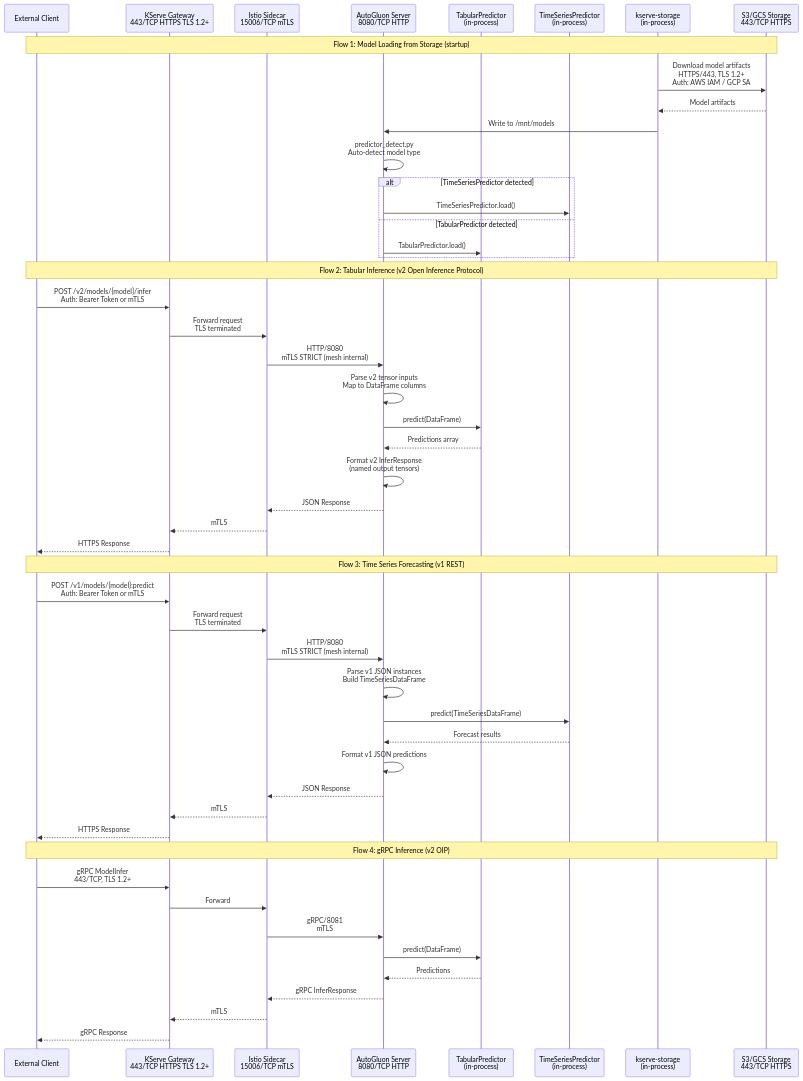
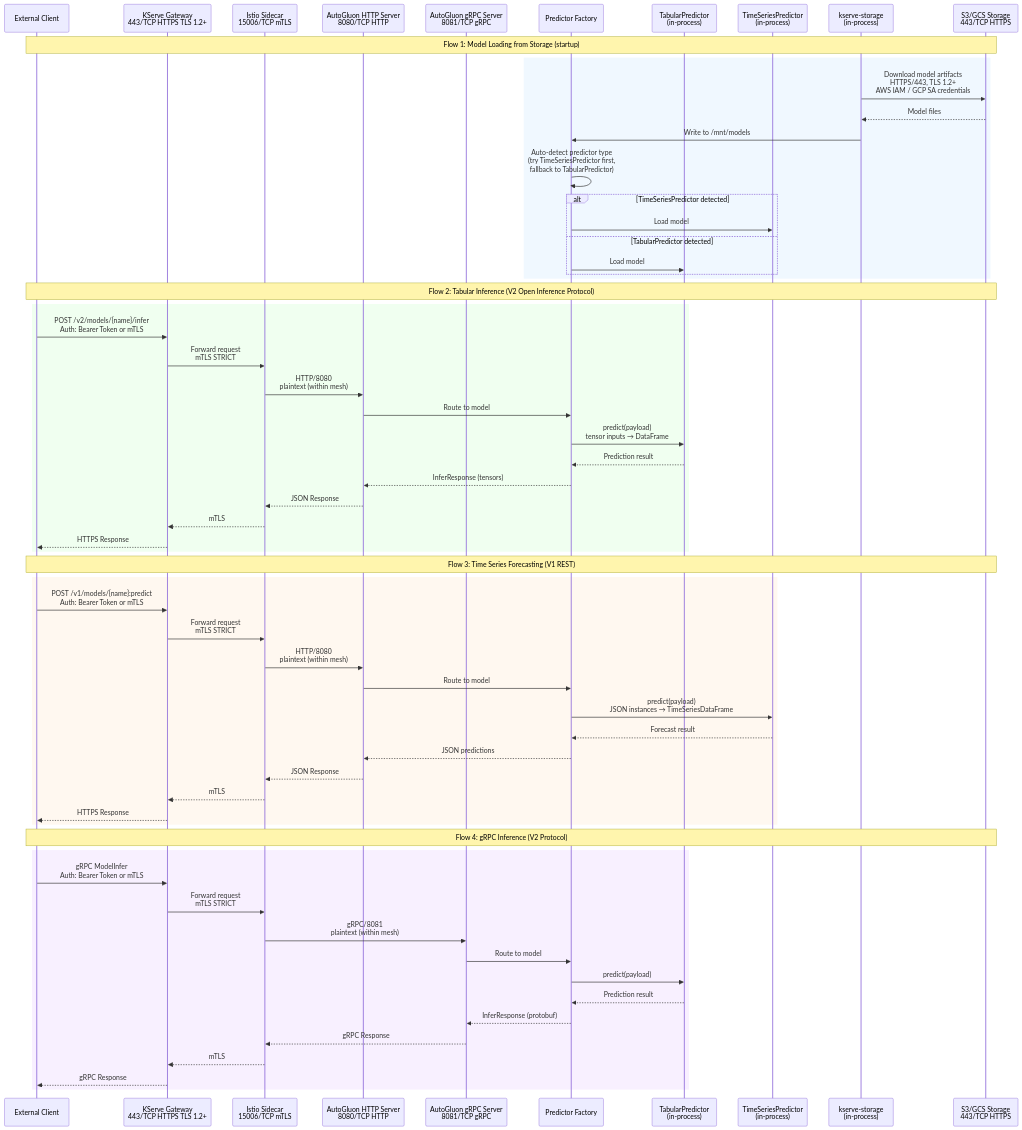
Before and after one commit to rhuss/architecture-context: the diagram in architecture/rhoai.next/diagrams/kserve-autogluon-server-dataflow.mmd, drawn with Mermaid. The commit also changed 864 other files, not shown here.

Commit message:
update rhoai.next architecture with ai4rag and refreshed diagrams

```diff
--- a/architecture/rhoai.next/diagrams/kserve-autogluon-server-dataflow.mmd
+++ b/architecture/rhoai.next/diagrams/kserve-autogluon-server-dataflow.mmd
@@ -1,54 +1,66 @@
 sequenceDiagram
     participant Client as External Client
     participant Gateway as KServe Gateway<br/>443/TCP HTTPS TLS 1.2+
     participant Istio as Istio Sidecar<br/>15006/TCP mTLS
-    participant Server as AutoGluon Server<br/>8080/TCP HTTP
+    participant HTTP as AutoGluon HTTP Server<br/>8080/TCP HTTP
+    participant GRPC as AutoGluon gRPC Server<br/>8081/TCP gRPC
+    participant Factory as Predictor Factory
     participant Tabular as TabularPredictor<br/>(in-process)
     participant TimeSeries as TimeSeriesPredictor<br/>(in-process)
     participant Storage as kserve-storage<br/>(in-process)
     participant S3 as S3/GCS Storage<br/>443/TCP HTTPS
 
     Note over Client,S3: Flow 1: Model Loading from Storage (startup)
-    Storage->>S3: Download model artifacts<br/>HTTPS/443, TLS 1.2+<br/>Auth: AWS IAM / GCP SA
-    S3-->>Storage: Model artifacts
-    Storage->>Server: Write to /mnt/models
-    Server->>Server: predictor_detect.py<br/>Auto-detect model type
-    alt TimeSeriesPredictor detected
-        Server->>TimeSeries: TimeSeriesPredictor.load()
-    else TabularPredictor detected
-        Server->>Tabular: TabularPredictor.load()
+    rect rgb(240, 248, 255)
+        Storage->>S3: Download model artifacts<br/>HTTPS/443, TLS 1.2+<br/>AWS IAM / GCP SA credentials
+        S3-->>Storage: Model files
+        Storage->>Factory: Write to /mnt/models
+        Factory->>Factory: Auto-detect predictor type<br/>(try TimeSeriesPredictor first,<br/>fallback to TabularPredictor)
+        alt TimeSeriesPredictor detected
+            Factory->>TimeSeries: Load model
+        else TabularPredictor detected
+            Factory->>Tabular: Load model
+        end
     end
 
-    Note over Client,S3: Flow 2: Tabular Inference (v2 Open Inference Protocol)
-    Client->>Gateway: POST /v2/models/{model}/infer<br/>Auth: Bearer Token or mTLS
-    Gateway->>Istio: Forward request<br/>TLS terminated
-    Istio->>Server: HTTP/8080<br/>mTLS STRICT (mesh internal)
-    Server->>Server: Parse v2 tensor inputs<br/>Map to DataFrame columns
-    Server->>Tabular: predict(DataFrame)
-    Tabular-->>Server: Predictions array
-    Server->>Server: Format v2 InferResponse<br/>(named output tensors)
-    Server-->>Istio: JSON Response
-    Istio-->>Gateway: mTLS
-    Gateway-->>Client: HTTPS Response
+    Note over Client,S3: Flow 2: Tabular Inference (V2 Open Inference Protocol)
+    rect rgb(240, 255, 240)
+        Client->>Gateway: POST /v2/models/{name}/infer<br/>Auth: Bearer Token or mTLS
+        Gateway->>Istio: Forward request<br/>mTLS STRICT
+        Istio->>HTTP: HTTP/8080<br/>plaintext (within mesh)
+        HTTP->>Factory: Route to model
+        Factory->>Tabular: predict(payload)<br/>tensor inputs → DataFrame
+        Tabular-->>Factory: Prediction result
+        Factory-->>HTTP: InferResponse (tensors)
+        HTTP-->>Istio: JSON Response
+        Istio-->>Gateway: mTLS
+        Gateway-->>Client: HTTPS Response
+    end
 
-    Note over Client,S3: Flow 3: Time Series Forecasting (v1 REST)
-    Client->>Gateway: POST /v1/models/{model}:predict<br/>Auth: Bearer Token or mTLS
-    Gateway->>Istio: Forward request<br/>TLS terminated
-    Istio->>Server: HTTP/8080<br/>mTLS STRICT (mesh internal)
-    Server->>Server: Parse v1 JSON instances<br/>Build TimeSeriesDataFrame
-    Server->>TimeSeries: predict(TimeSeriesDataFrame)
-    TimeSeries-->>Server: Forecast results
-    Server->>Server: Format v1 JSON predictions
-    Server-->>Istio: JSON Response
-    Istio-->>Gateway: mTLS
-    Gateway-->>Client: HTTPS Response
+    Note over Client,S3: Flow 3: Time Series Forecasting (V1 REST)
+    rect rgb(255, 248, 240)
+        Client->>Gateway: POST /v1/models/{name}:predict<br/>Auth: Bearer Token or mTLS
+        Gateway->>Istio: Forward request<br/>mTLS STRICT
+        Istio->>HTTP: HTTP/8080<br/>plaintext (within mesh)
+        HTTP->>Factory: Route to model
+        Factory->>TimeSeries: predict(payload)<br/>JSON instances → TimeSeriesDataFrame
+        TimeSeries-->>Factory: Forecast result
+        Factory-->>HTTP: JSON predictions
+        HTTP-->>Istio: JSON Response
+        Istio-->>Gateway: mTLS
+        Gateway-->>Client: HTTPS Response
+    end
 
-    Note over Client,S3: Flow 4: gRPC Inference (v2 OIP)
-    Client->>Gateway: gRPC ModelInfer<br/>443/TCP, TLS 1.2+
-    Gateway->>Istio: Forward
-    Istio->>Server: gRPC/8081<br/>mTLS
-    Server->>Tabular: predict(DataFrame)
-    Tabular-->>Server: Predictions
-    Server-->>Istio: gRPC InferResponse
-    Istio-->>Gateway: mTLS
-    Gateway-->>Client: gRPC Response
+    Note over Client,S3: Flow 4: gRPC Inference (V2 Protocol)
+    rect rgb(248, 240, 255)
+        Client->>Gateway: gRPC ModelInfer<br/>Auth: Bearer Token or mTLS
+        Gateway->>Istio: Forward request<br/>mTLS STRICT
+        Istio->>GRPC: gRPC/8081<br/>plaintext (within mesh)
+        GRPC->>Factory: Route to model
+        Factory->>Tabular: predict(payload)
+        Tabular-->>Factory: Prediction result
+        Factory-->>GRPC: InferResponse (protobuf)
+        GRPC-->>Istio: gRPC Response
+        Istio-->>Gateway: mTLS
+        Gateway-->>Client: gRPC Response
+    end
```
